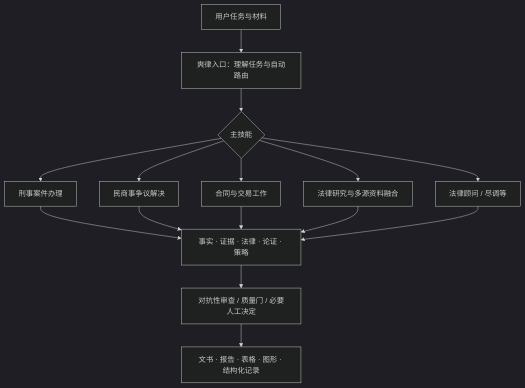
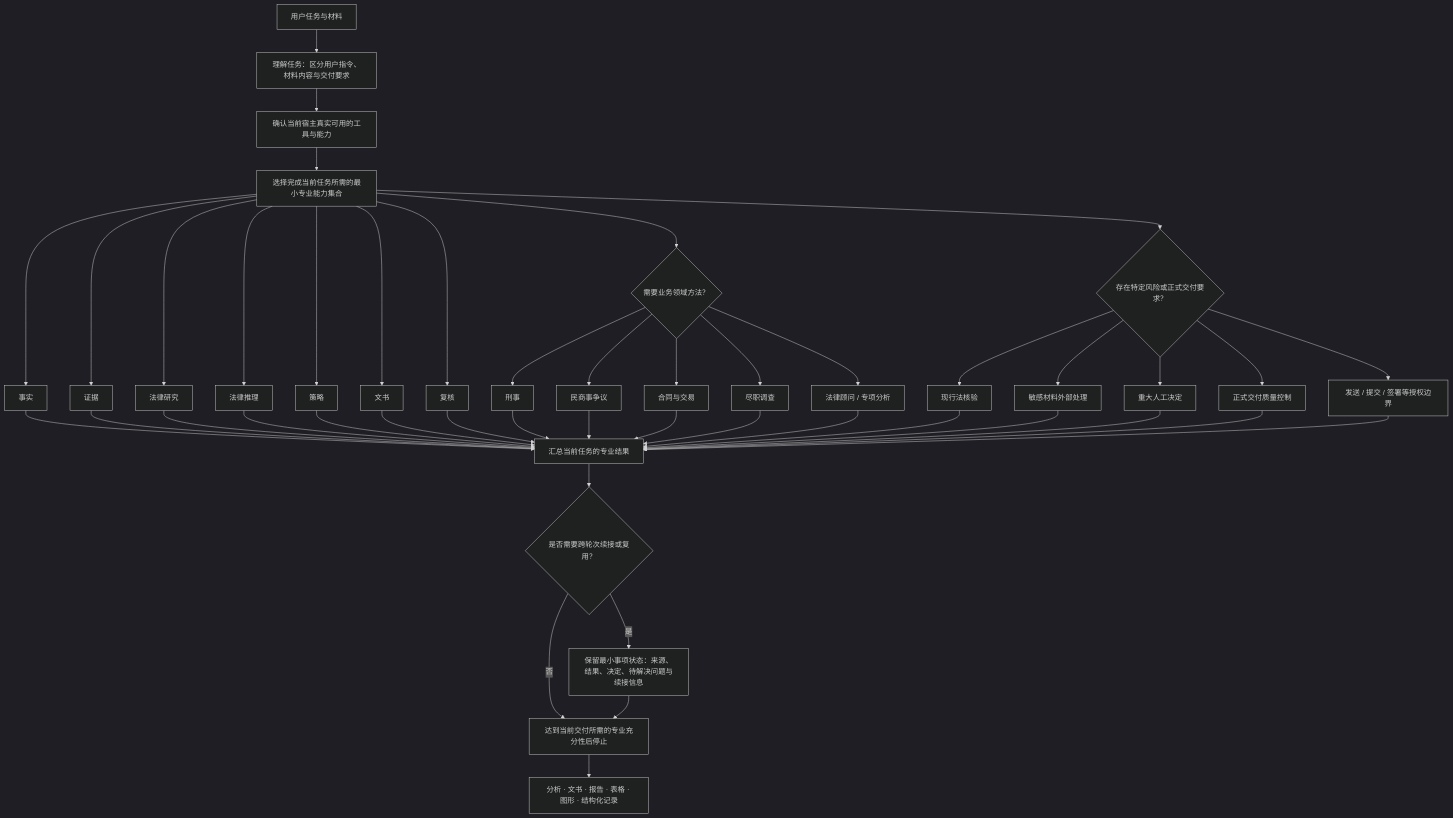
One commit to doctorllll/shuanglv-legal-skills changed the diagram in README.md. Above: the diagram before and after it, drawn with Mermaid (dark theme). The commit also changed other lines of this file and 312 other files, not shown here.

````diff
--- a/README.md
+++ b/README.md
@@ -70,17 +122,53 @@
 ```mermaid
 flowchart TD
-    A[用户任务与材料] --> B[爽律入口：理解任务与自动路由]
-    B --> C{主技能}
-    C --> C1[刑事案件办理]
-    C --> C2[民商事争议解决]
-    C --> C3[合同与交易工作]
-    C --> C4[法律研究与多源资料融合]
-    C --> C5[法律顾问 / 尽调等]
-    C1 --> D[事实 · 证据 · 法律 · 论证 · 策略]
-    C2 --> D
-    C3 --> D
-    C4 --> D
-    C5 --> D
-    D --> E[对抗性审查 / 质量门 / 必要人工决定]
-    E --> F[文书 · 报告 · 表格 · 图形 · 结构化记录]
+    A[用户任务与材料] --> B[理解任务：区分用户指令、材料内容与交付要求]
+    B --> C[确认当前宿主真实可用的工具与能力]
+    C --> D[选择完成当前任务所需的最小专业能力集合]
+
+    D --> E1[事实]
+    D --> E2[证据]
+    D --> E3[法律研究]
+    D --> E4[法律推理]
+    D --> E5[策略]
+    D --> E6[文书]
+    D --> E7[复核]
+
+    D --> F{需要业务领域方法？}
+    F --> F1[刑事]
+    F --> F2[民商事争议]
+    F --> F3[合同与交易]
+    F --> F4[尽职调查]
+    F --> F5[法律顾问 / 专项分析]
+
+    D --> G{存在特定风险或正式交付要求？}
+    G --> G1[现行法核验]
+    G --> G2[敏感材料外部处理]
+    G --> G3[重大人工决定]
+    G --> G4[正式交付质量控制]
+    G --> G5[发送 / 提交 / 签署等授权边界]
+
+    E1 --> H[汇总当前任务的专业结果]
+    E2 --> H
+    E3 --> H
+    E4 --> H
+    E5 --> H
+    E6 --> H
+    E7 --> H
+    F1 --> H
+    F2 --> H
+    F3 --> H
+    F4 --> H
+    F5 --> H
+    G1 --> H
+    G2 --> H
+    G3 --> H
+    G4 --> H
+    G5 --> H
+
+    H --> I{是否需要跨轮次续接或复用？}
+    I -- 否 --> J[达到当前交付所需的专业充分性后停止]
+    I -- 是 --> K[保留最小事项状态：来源、结果、决定、待解决问题与续接信息]
+    K --> J
+
+    J --> L[分析 · 文书 · 报告 · 表格 · 图形 · 结构化记录]
 ```
````
